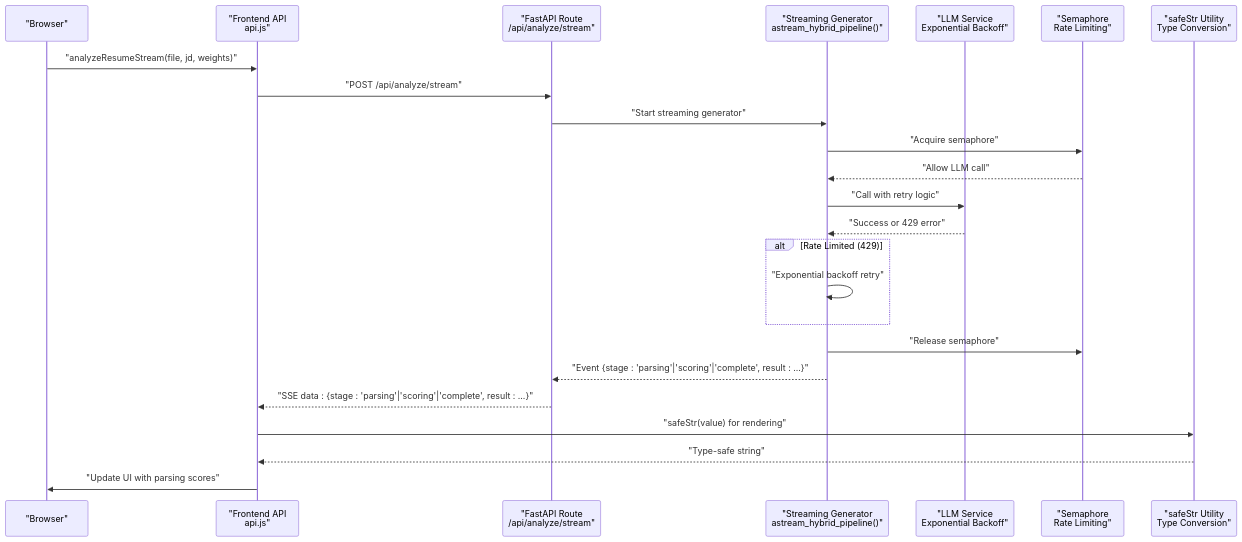
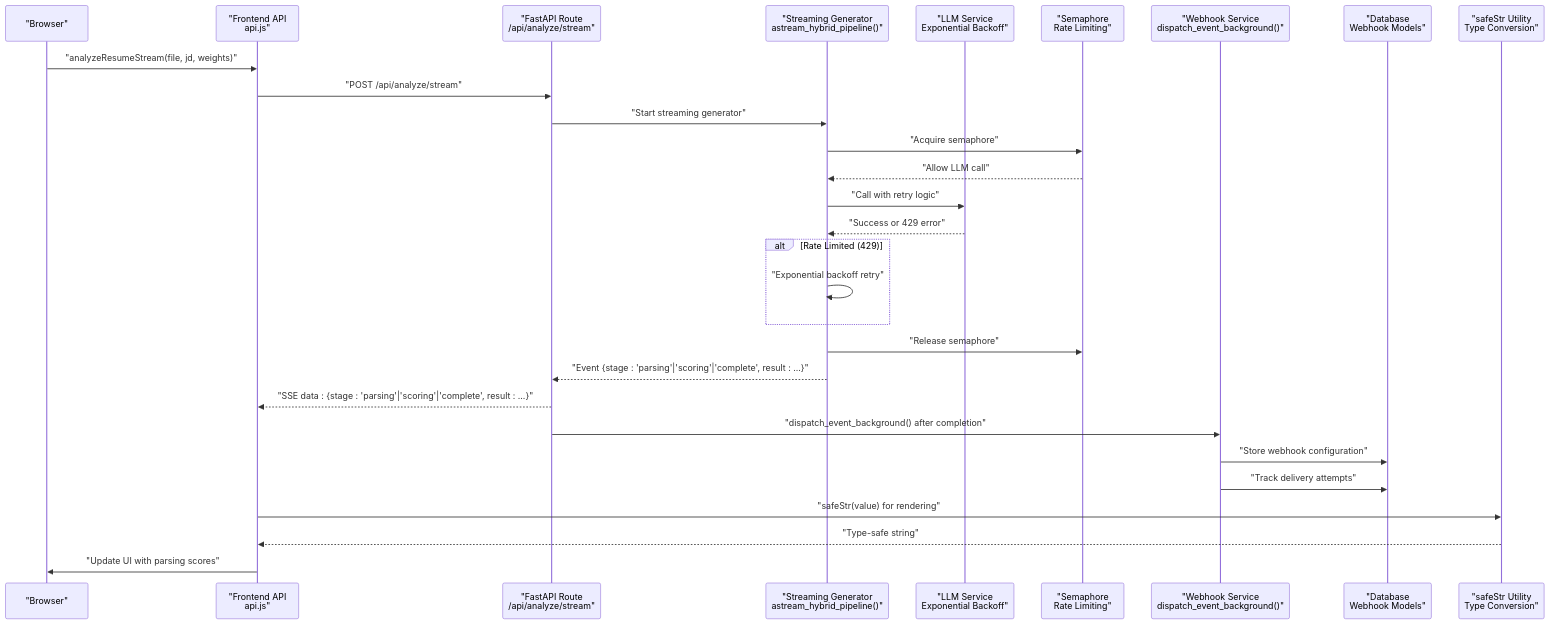
Before and after one commit to Revanththetalogics/aireume: the second of 7 diagrams in .qoder/repowiki/en/content/Real-time Processing.md, drawn with Mermaid. The commit also changed other lines of this file and 10 other files, not shown here.

````diff
--- a/.qoder/repowiki/en/content/Real-time Processing.md
+++ b/.qoder/repowiki/en/content/Real-time Processing.md
@@ -148,26 +168,31 @@
 ```mermaid
 sequenceDiagram
 participant Client as "Browser"
 participant API as "Frontend API<br/>api.js"
 participant Route as "FastAPI Route<br/>/api/analyze/stream"
 participant Gen as "Streaming Generator<br/>astream_hybrid_pipeline()"
 participant LLM as "LLM Service<br/>Exponential Backoff"
 participant Sem as "Semaphore<br/>Rate Limiting"
+participant WS as "Webhook Service<br/>dispatch_event_background()"
+participant DB as "Database<br/>Webhook Models"
 participant Safe as "safeStr Utility<br/>Type Conversion"
 Client->>API : "analyzeResumeStream(file, jd, weights)"
 API->>Route : "POST /api/analyze/stream"
 Route->>Gen : "Start streaming generator"
 Gen->>Sem : "Acquire semaphore"
 Sem-->>Gen : "Allow LLM call"
 Gen->>LLM : "Call with retry logic"
 LLM-->>Gen : "Success or 429 error"
 alt Rate Limited (429)
 Gen->>Gen : "Exponential backoff retry"
 end
 Gen->>Sem : "Release semaphore"
 Gen-->>Route : "Event {stage : 'parsing'|'scoring'|'complete', result : ...}"
 Route-->>API : "SSE data : {stage : 'parsing'|'scoring'|'complete', result : ...}"
+Route->>WS : "dispatch_event_background() after completion"
+WS->>DB : "Store webhook configuration"
+WS->>DB : "Track delivery attempts"
 API->>Safe : "safeStr(value) for rendering"
 Safe-->>API : "Type-safe string"
 API->>Client : "Update UI with parsing scores"
 ```
````
